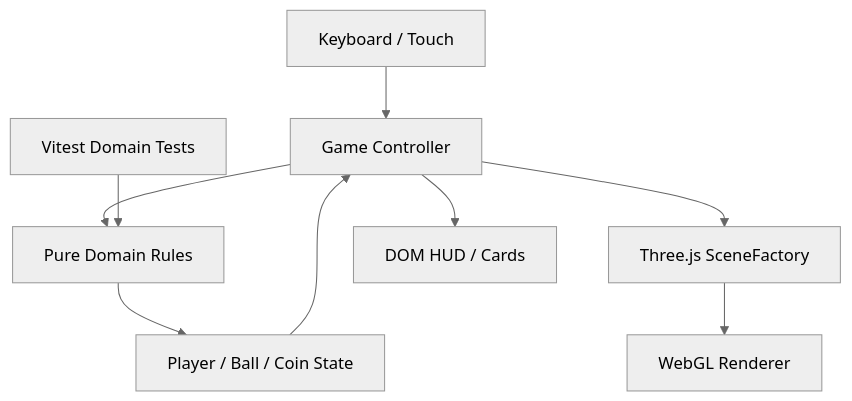
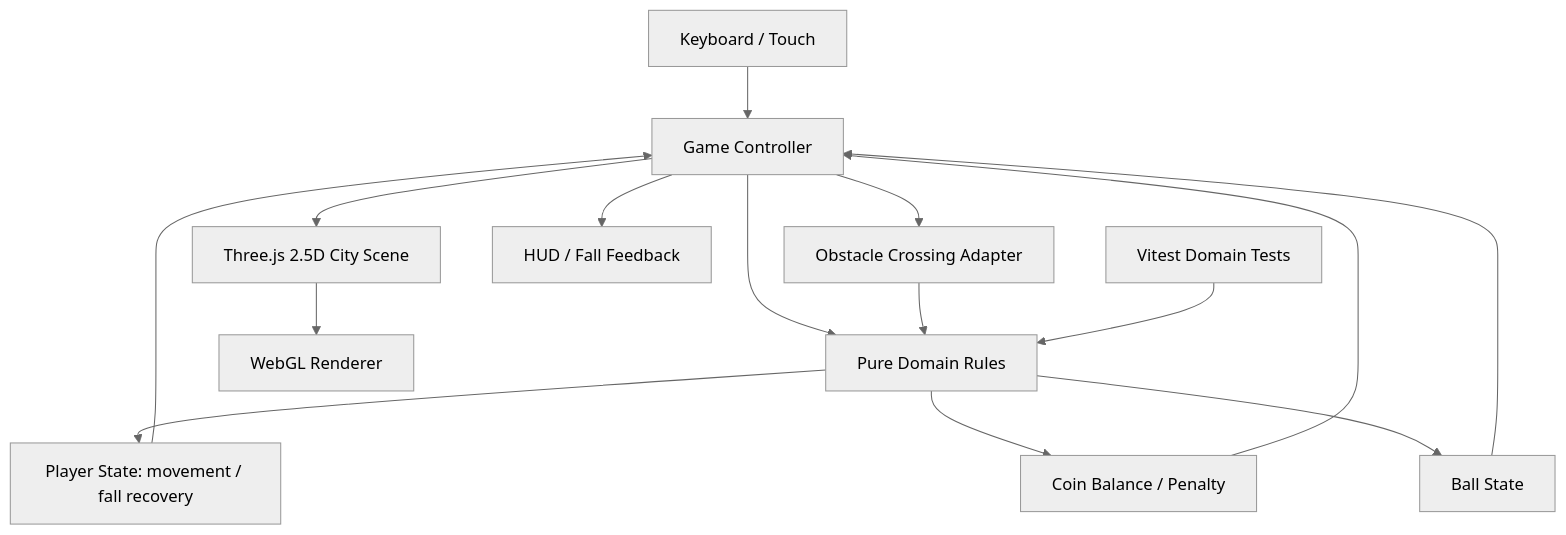
Before and after one commit to mangreen/kick-web-game: the diagram in docs/architecture/overview.md, drawn with Mermaid (neutral theme). The commit also changed other lines of this file and 15 other files, not shown here.

Commit message:
feat(gameplay): add obstacle falls and anime urban scene

````diff
--- a/docs/architecture/overview.md
+++ b/docs/architecture/overview.md
@@ -11,11 +11,17 @@
 ```mermaid
 flowchart TD
   Keys[Keyboard / Touch] --> Controller[Game Controller]
   Controller --> Rules[Pure Domain Rules]
-  Rules --> State[Player / Ball / Coin State]
-  State --> Controller
-  Controller --> Scene[Three.js SceneFactory]
+  Rules --> Player[Player State: movement / fall recovery]
+  Rules --> Wallet[Coin Balance / Penalty]
+  Rules --> Ball[Ball State]
+  Player --> Controller
+  Wallet --> Controller
+  Ball --> Controller
+  Controller --> Collision[Obstacle Crossing Adapter]
+  Collision --> Rules
+  Controller --> Scene[Three.js 2.5D City Scene]
   Scene --> Renderer[WebGL Renderer]
-  Controller --> HUD[DOM HUD / Cards]
+  Controller --> HUD[HUD / Fall Feedback]
   Tests[Vitest Domain Tests] --> Rules
 ```
````
